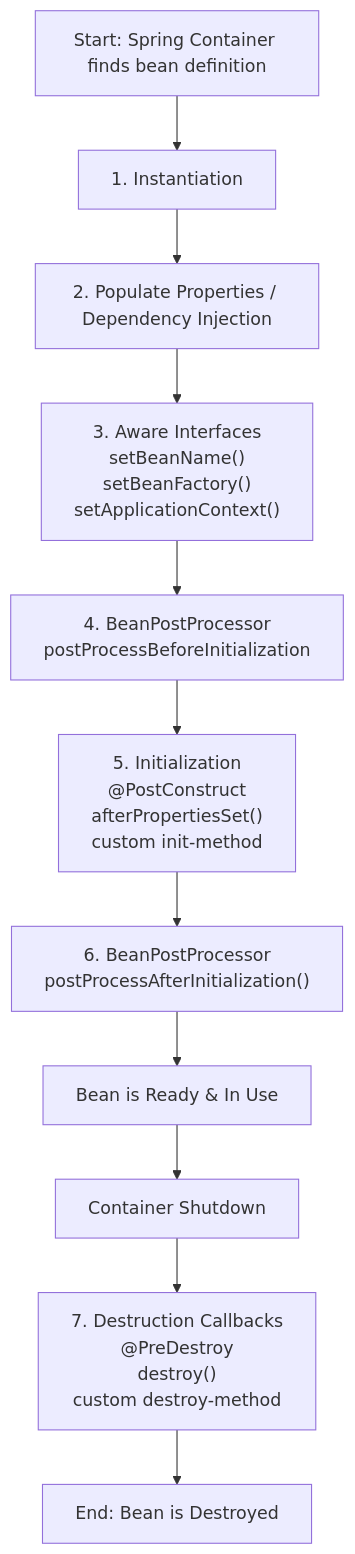
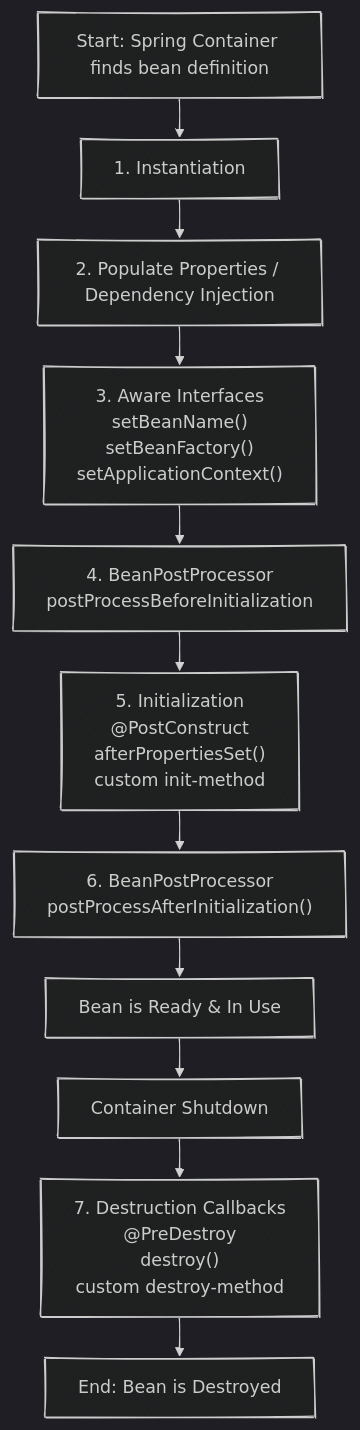
The second of 2 diagrams in src/content/docs/springboot/projectdocs/springboot-starter.md (Ashjha75/MyDocs), drawn with Mermaid before and after one commit. The commit also changed other lines of this file and 3 other files, not shown here.

Commit message:
Refactor: Update mermaid diagrams in core2.md, core3.md, and springboot-starter.md for consistency and improved styling; add newline in global.css

````diff
--- a/src/content/docs/springboot/projectdocs/springboot-starter.md
+++ b/src/content/docs/springboot/projectdocs/springboot-starter.md
@@ -186,13 +185,19 @@
 ```mermaid
+---
+config:
+  look: handDrawn
+  theme: dark
+  layout: elk
+---
 graph TD
     A["Start: Spring Container finds bean definition"] --> B["1. Instantiation"]
     B --> C["2. Populate Properties / Dependency Injection"]
     C --> D["3. Aware Interfaces\nsetBeanName()\nsetBeanFactory()\nsetApplicationContext()"]
     D --> E["4. BeanPostProcessor\npostProcessBeforeInitialization"]
     E --> F["5. Initialization\n@PostConstruct\nafterPropertiesSet()\ncustom init-method"]
     F --> G["6. BeanPostProcessor\npostProcessAfterInitialization()"]
     G --> H["Bean is Ready & In Use"]
     H --> I["Container Shutdown"]
     I --> J["7. Destruction Callbacks\n@PreDestroy\ndestroy()\ncustom destroy-method"]
     J --> K["End: Bean is Destroyed"]
 ```
````
